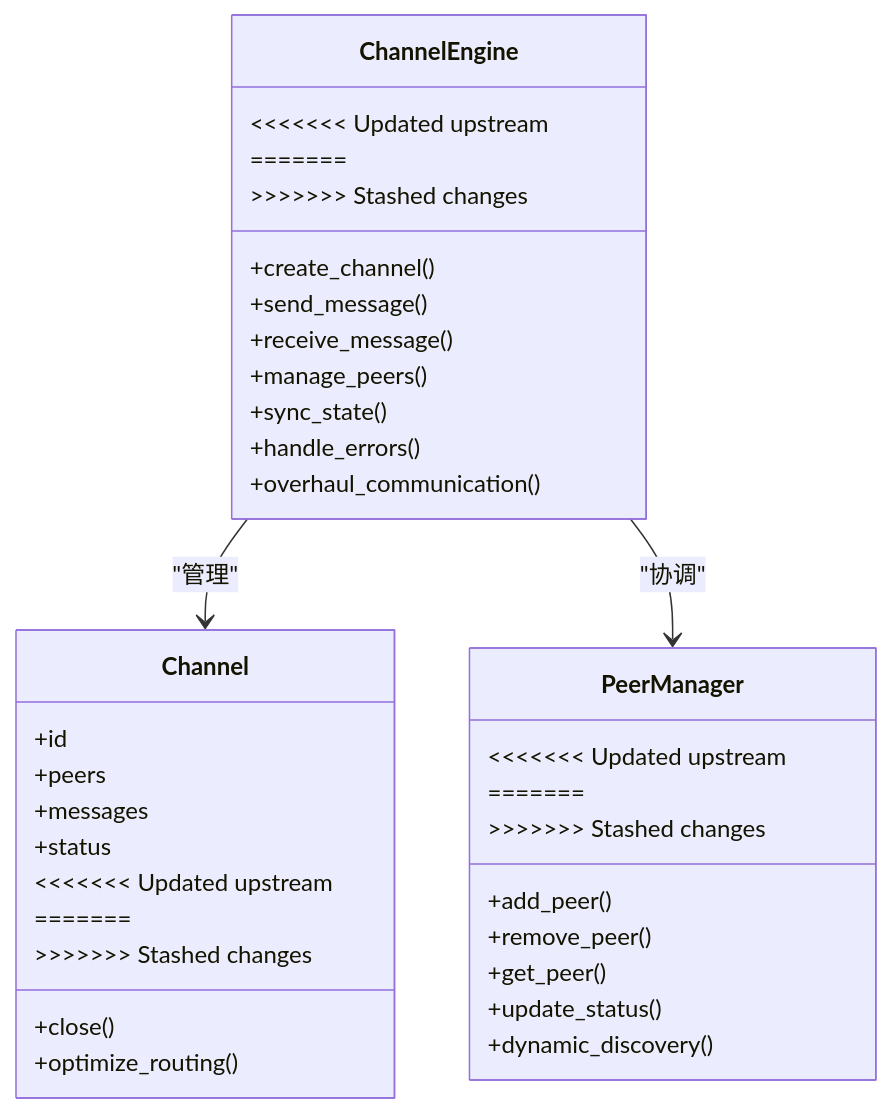
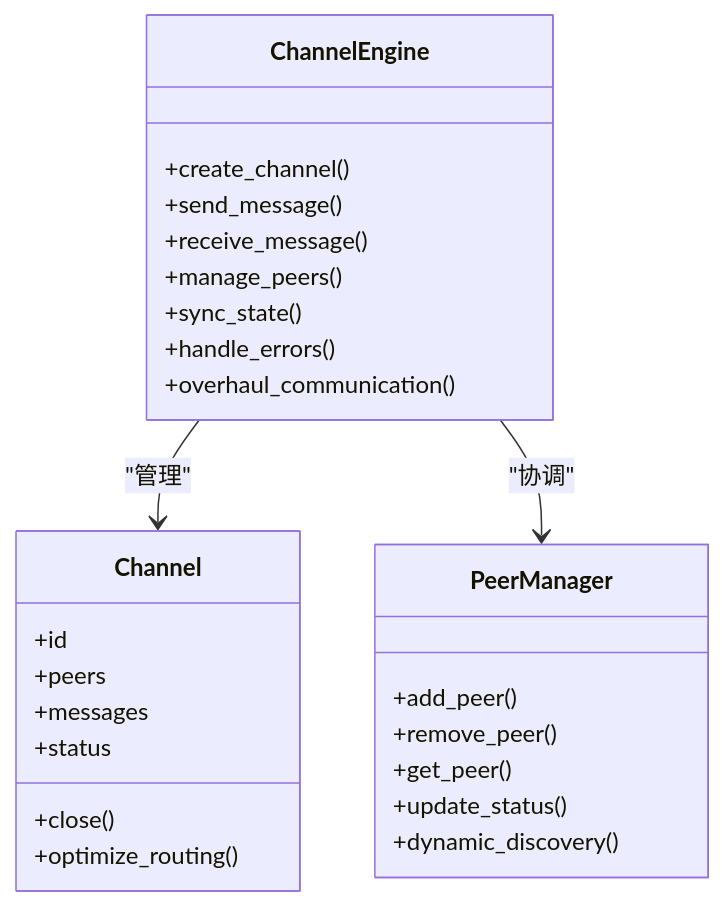
The fourth of 12 diagrams in .qoder/repowiki/zh/content/运行时系统/运行时核心.md (Ivandanslespace/thegreatnovel), drawn with Mermaid before and after one commit. The commit also changed other lines of this file and 120 other files, not shown here.

````diff
--- a/.qoder/repowiki/zh/content/运行时系统/运行时核心.md
+++ b/.qoder/repowiki/zh/content/运行时系统/运行时核心.md
@@ -377,38 +303,29 @@
 ```mermaid
 classDiagram
 class ChannelEngine {
 +create_channel()
 +send_message()
 +receive_message()
 +manage_peers()
 +sync_state()
 +handle_errors()
-<<<<<<< Updated upstream
-=======
 +overhaul_communication()
->>>>>>> Stashed changes
 }
 class Channel {
 +id
 +peers
 +messages
 +status
 +close()
-<<<<<<< Updated upstream
-=======
 +optimize_routing()
->>>>>>> Stashed changes
 }
 class PeerManager {
 +add_peer()
 +remove_peer()
 +get_peer()
 +update_status()
-<<<<<<< Updated upstream
-=======
 +dynamic_discovery()
->>>>>>> Stashed changes
 }
 ChannelEngine --> Channel : "管理"
 ChannelEngine --> PeerManager : "协调"
 ```
````
